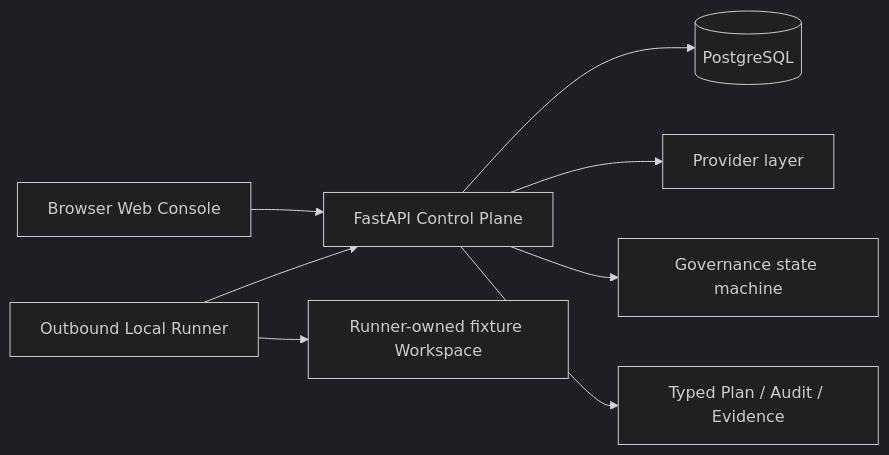
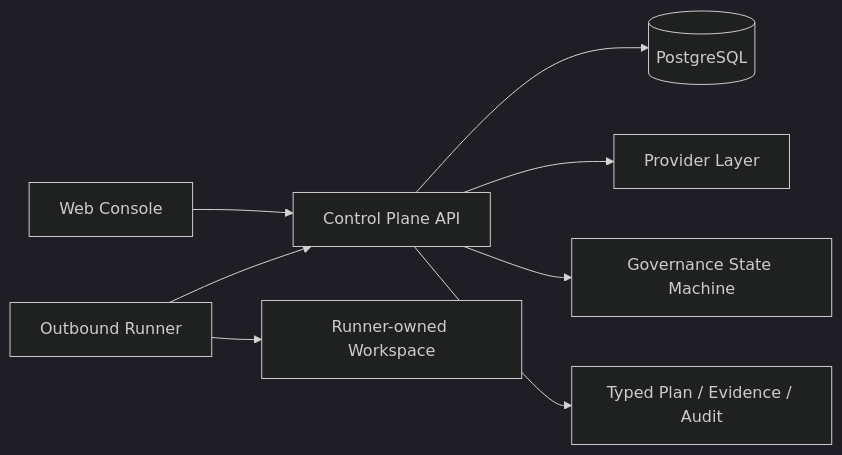
One commit to dankk0220abc-prog/visual-engineer changed the second of 2 diagrams in README.md. Above: the diagram before and after it, drawn with Mermaid (dark theme). The commit also changed other lines of this file and 4 other files, not shown here.

````diff
--- a/README.md
+++ b/README.md
@@ -52,10 +47,10 @@
 ```mermaid
 flowchart LR
-    B["Browser Web Console"] --> API["FastAPI Control Plane"]
+    WEB["Web Console"] --> API["Control Plane API"]
     API --> DB[("PostgreSQL")]
-    API --> PL["Provider layer"]
-    API --> GOV["Governance state machine"]
-    RUN["Outbound Local Runner"] --> API
-    RUN --> WS["Runner-owned fixture Workspace"]
-    API --> EV["Typed Plan / Audit / Evidence"]
+    API --> PL["Provider Layer"]
+    API --> GOV["Governance State Machine"]
+    RUN["Outbound Runner"] --> API
+    RUN --> WS["Runner-owned Workspace"]
+    API --> EV["Typed Plan / Evidence / Audit"]
 ```
````
